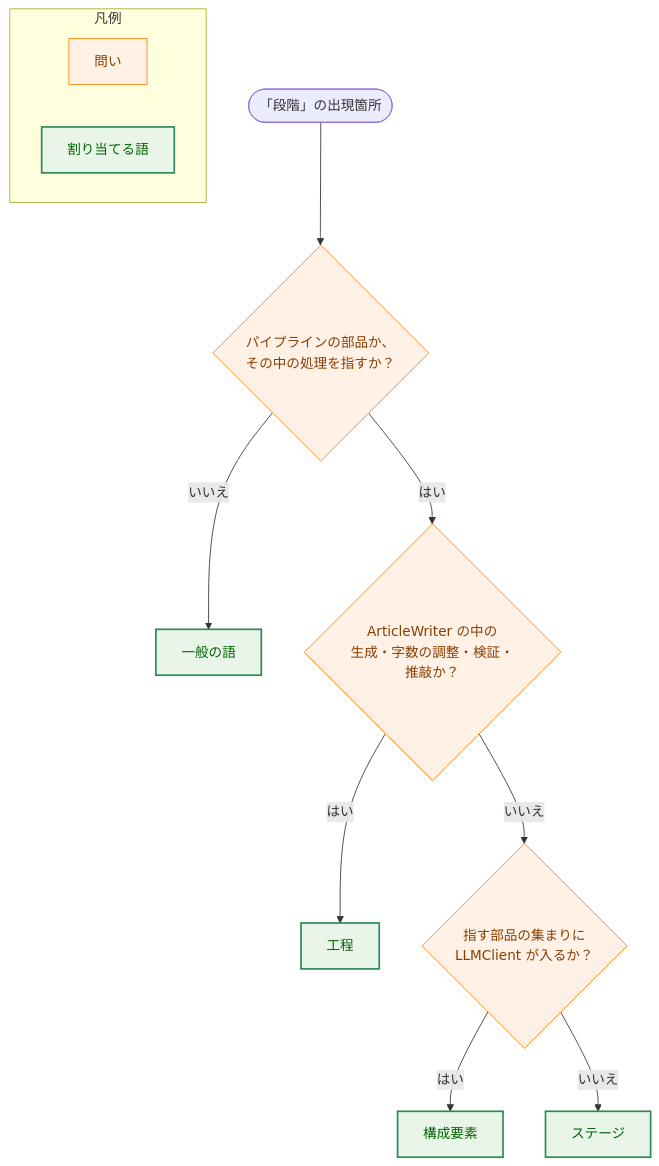
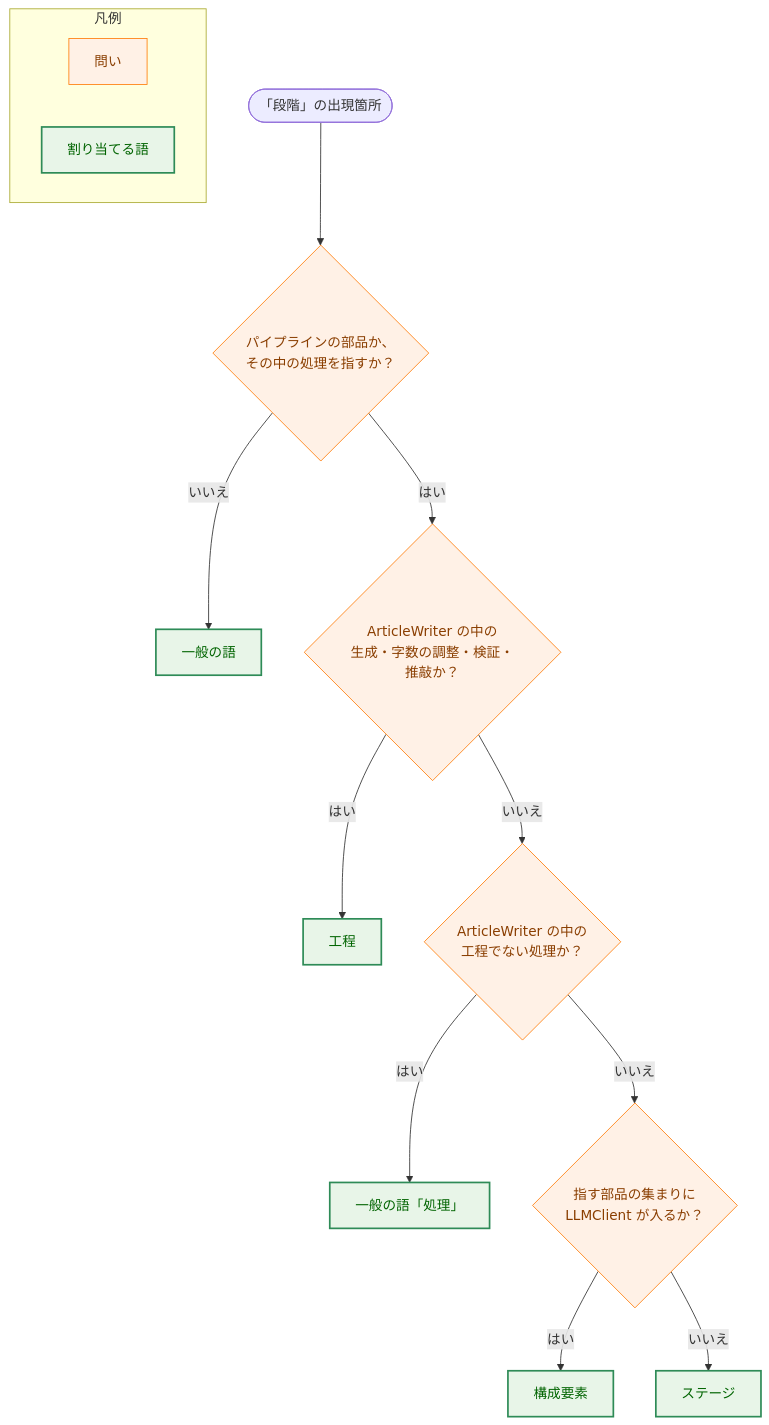
The fourth of 4 diagrams in docs/tasks/0067_stage_terminology/02_architecture.md (isseis/yt2column), drawn with Mermaid before and after one commit. The commit also changed other lines of this file, not shown here.

Commit message:
docs(0067): address the local CLI review of the architecture
- Compare the CLAUDE.md change by content with line breaks treated as
  spaces, since the line 363-364 sentence spans two lines.
- Merge origin/main into the head and confirm it before the one-off check.
- Route ArticleWriter's non-step processing to the plain word in the flow.

CodeRabbit local review: 02_architecture.md 1.2 (PR-approved additions to the Appendix B allow-list vs AC-06) rejected: the user chose to approve additions in the PR under F-002, recorded in 1.2 as an interpretation of AC-06

````diff
--- a/docs/tasks/0067_stage_terminology/02_architecture.md
+++ b/docs/tasks/0067_stage_terminology/02_architecture.md
@@ -304,23 +304,25 @@
 ```mermaid
 flowchart TD
     classDef process fill:#fff1e6,stroke:#ff7f0e,stroke-width:1px,color:#8a3e00;
     classDef enhanced fill:#e8f5e8,stroke:#2e8b57,stroke-width:2px,color:#006400;
 
     START(["「段階」の出現箇所"]) --> Q1{"パイプラインの部品か、<br>その中の処理を指すか？"}
     Q1 -->|"いいえ"| GENERAL["一般の語"]
     Q1 -->|"はい"| Q2{"ArticleWriter の中の<br>生成・字数の調整・検証・推敲か？"}
     Q2 -->|"はい"| STEP["工程"]
-    Q2 -->|"いいえ"| Q3{"指す部品の集まりに<br>LLMClient が入るか？"}
+    Q2 -->|"いいえ"| Q2B{"ArticleWriter の中の<br>工程でない処理か？"}
+    Q2B -->|"はい"| PROC["一般の語「処理」"]
+    Q2B -->|"いいえ"| Q3{"指す部品の集まりに<br>LLMClient が入るか？"}
     Q3 -->|"はい"| COMP["構成要素"]
     Q3 -->|"いいえ"| STAGE["ステージ"]
 
-    class Q1,Q2,Q3 process
-    class GENERAL,STEP,COMP,STAGE enhanced
+    class Q1,Q2,Q2B,Q3 process
+    class GENERAL,PROC,STEP,COMP,STAGE enhanced
 
     subgraph Legend["凡例"]
         L1["問い"]
         L2["割り当てる語"]
     end
     class L1 process
     class L2 enhanced
 ```
````
